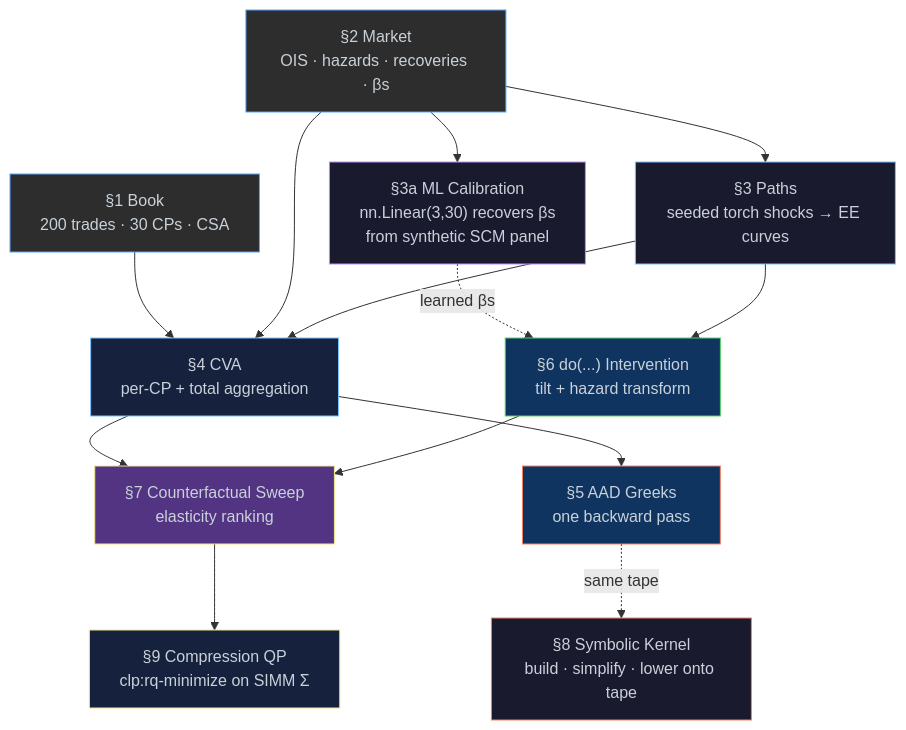
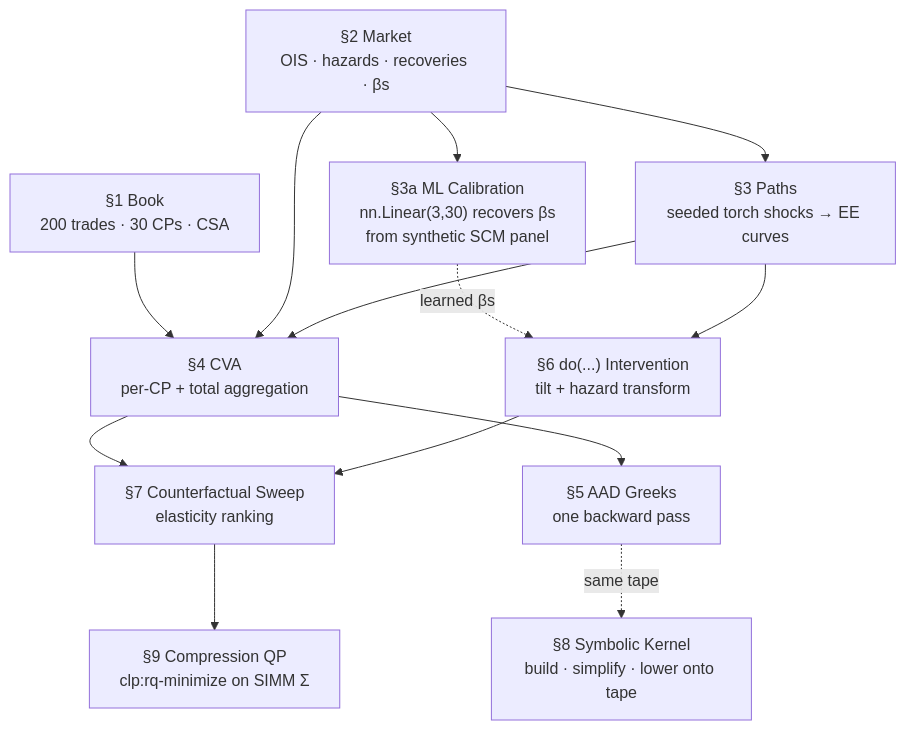
One commit to lewismj/eta changed the diagram in docs/featured/xva-wwr.md. Above: the diagram before and after it, drawn with Mermaid. The commit also changed 20 other files, not shown here.

````diff
--- a/docs/featured/xva-wwr.md
+++ b/docs/featured/xva-wwr.md
@@ -202,37 +202,26 @@
 ```mermaid
 flowchart TD
     S1["§1 Book\n200 trades · 30 CPs · CSA"]
     S2["§2 Market\nOIS · hazards · recoveries · βs"]
     S2A["§3a ML Calibration\nnn.Linear(3,30) recovers βs\nfrom synthetic SCM panel"]
     S3["§3 Paths\nseeded torch shocks → EE curves"]
     S4["§4 CVA\nper-CP + total aggregation"]
     S5["§5 AAD Greeks\none backward pass"]
     S6["§6 do(...) Intervention\ntilt + hazard transform"]
     S7["§7 Counterfactual Sweep\nelasticity ranking"]
     S8["§8 Symbolic Kernel\nbuild · simplify · lower onto tape"]
     S9["§9 Compression QP\nclp:rq-minimize on SIMM Σ"]
 
     S1 --> S4
     S2 --> S2A
     S2 --> S3
     S2 --> S4
     S2A -. "learned βs" .-> S6
     S3 --> S4
     S3 --> S6
     S4 --> S5
     S4 --> S7
     S6 --> S7
     S5 -. "same tape" .-> S8
     S7 --> S9
-
-    style S1  fill:#2d2d2d,stroke:#58a6ff,color:#c9d1d9
-    style S2  fill:#2d2d2d,stroke:#58a6ff,color:#c9d1d9
-    style S2A fill:#1a1a2e,stroke:#bc8cff,color:#c9d1d9
-    style S3  fill:#1a1a2e,stroke:#79c0ff,color:#c9d1d9
-    style S4  fill:#16213e,stroke:#79c0ff,color:#c9d1d9
-    style S5  fill:#0f3460,stroke:#f78166,color:#c9d1d9
-    style S6  fill:#0f3460,stroke:#56d364,color:#c9d1d9
-    style S7  fill:#533483,stroke:#f0e68c,color:#c9d1d9
-    style S8  fill:#1a1a2e,stroke:#f78166,color:#c9d1d9
-    style S9  fill:#16213e,stroke:#f0e68c,color:#c9d1d9
 ```
````
